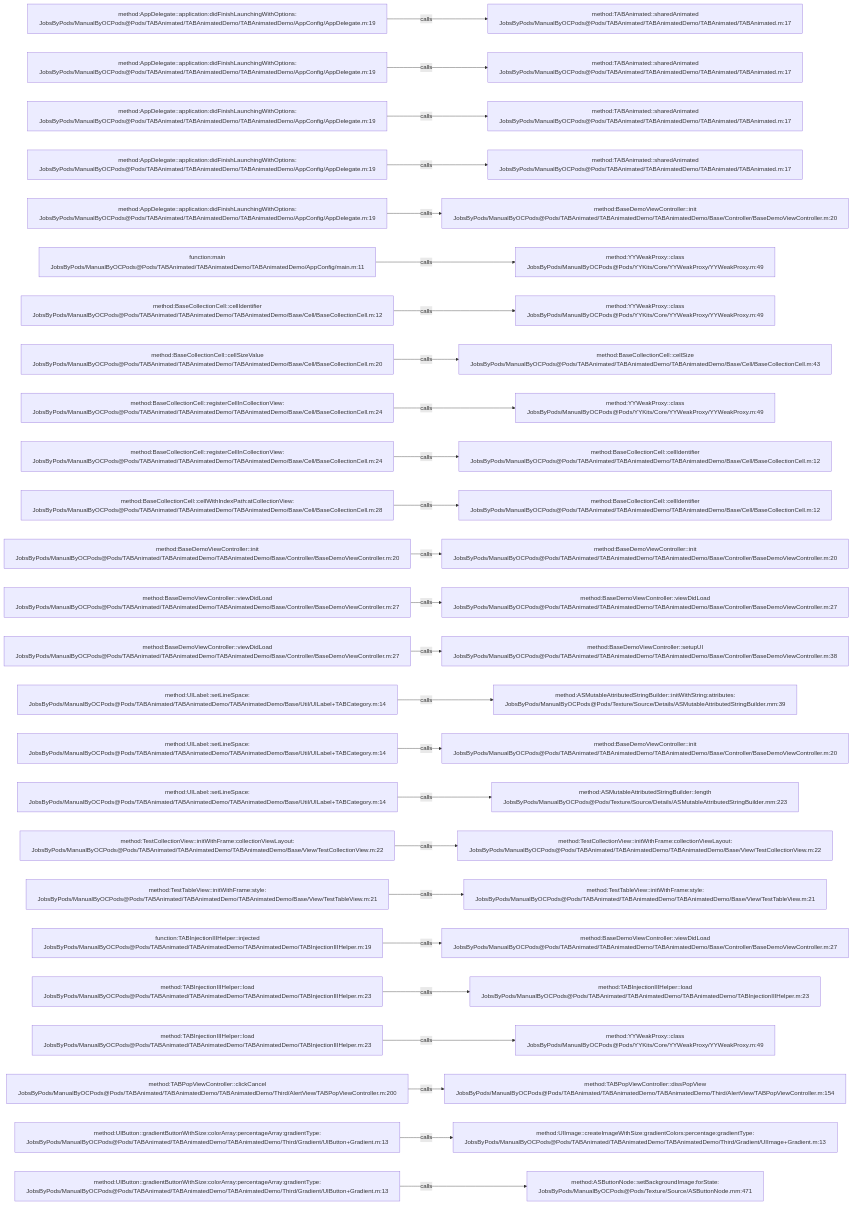
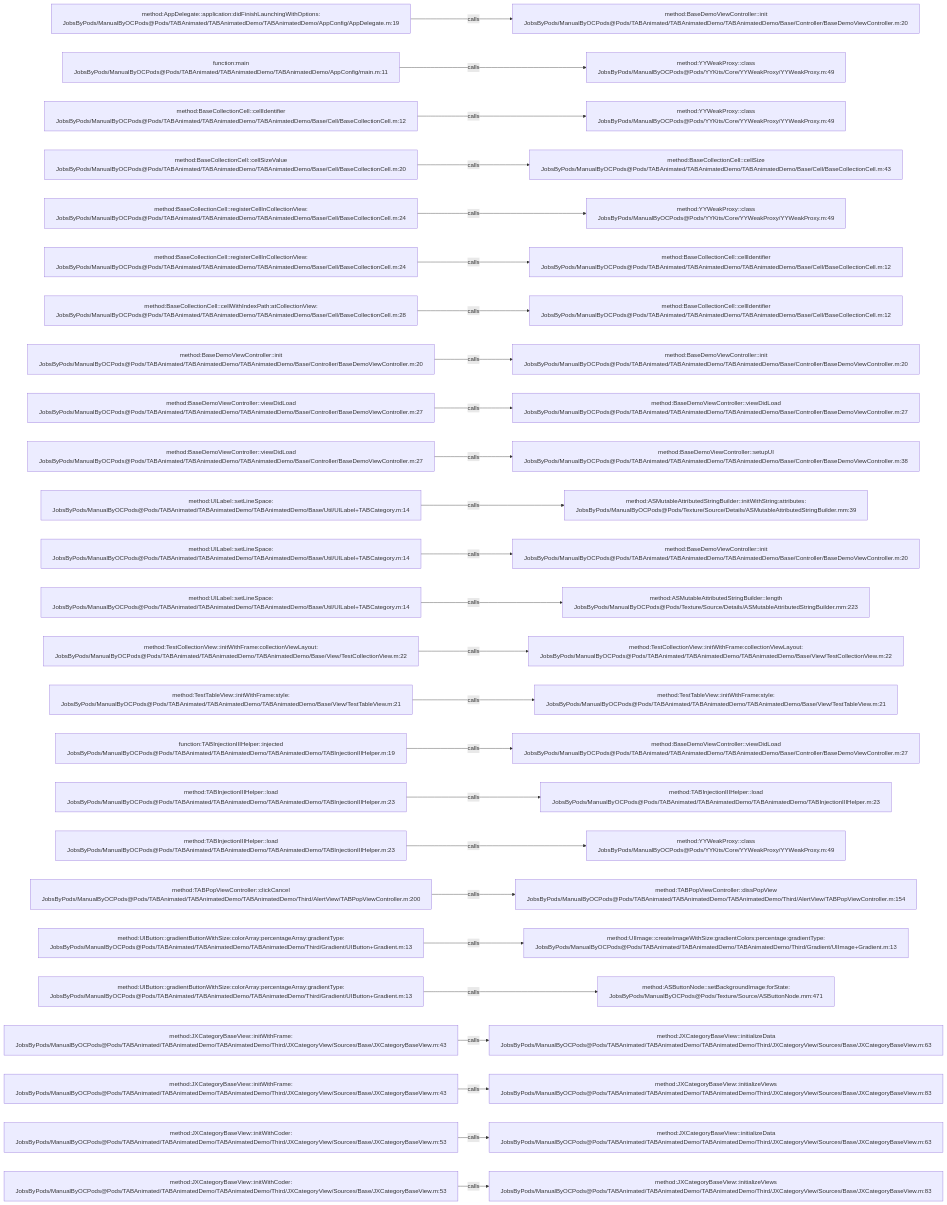
One commit to JobsKits/JobsOCBaseConfigDemo changed the diagram in .codegraph/codegraph.md/graphs/calls-038.md. Above: the diagram before and after it, drawn with Mermaid. The commit also changed 727 other files, not shown here.

````diff
--- a/.codegraph/codegraph.md/graphs/calls-038.md
+++ b/.codegraph/codegraph.md/graphs/calls-038.md
@@ -13,78 +13,78 @@
 ```mermaid
 flowchart LR
   S1["method:AppDelegate::application:didFinishLaunchingWithOptions:<br/>JobsByPods/ManualByOCPods@Pods/TABAnimated/TABAnimatedDemo/TABAnimatedDemo/AppConfig/AppDelegate.m:19"]
-  T1["method:TABAnimated::sharedAnimated<br/>JobsByPods/ManualByOCPods@Pods/TABAnimated/TABAnimatedDemo/TABAnimated/TABAnimated.m:17"]
+  T1["method:BaseDemoViewController::init<br/>JobsByPods/ManualByOCPods@Pods/TABAnimated/TABAnimatedDemo/TABAnimatedDemo/Base/Controller/BaseDemoViewController.m:20"]
   S1 -->|calls| T1
-  S2["method:AppDelegate::application:didFinishLaunchingWithOptions:<br/>JobsByPods/ManualByOCPods@Pods/TABAnimated/TABAnimatedDemo/TABAnimatedDemo/AppConfig/AppDelegate.m:19"]
-  T2["method:TABAnimated::sharedAnimated<br/>JobsByPods/ManualByOCPods@Pods/TABAnimated/TABAnimatedDemo/TABAnimated/TABAnimated.m:17"]
+  S2["function:main<br/>JobsByPods/ManualByOCPods@Pods/TABAnimated/TABAnimatedDemo/TABAnimatedDemo/AppConfig/main.m:11"]
+  T2["method:YYWeakProxy::class<br/>JobsByPods/ManualByOCPods@Pods/YYKits/Core/YYWeakProxy/YYWeakProxy.m:49"]
   S2 -->|calls| T2
-  S3["method:AppDelegate::application:didFinishLaunchingWithOptions:<br/>JobsByPods/ManualByOCPods@Pods/TABAnimated/TABAnimatedDemo/TABAnimatedDemo/AppConfig/AppDelegate.m:19"]
-  T3["method:TABAnimated::sharedAnimated<br/>JobsByPods/ManualByOCPods@Pods/TABAnimated/TABAnimatedDemo/TABAnimated/TABAnimated.m:17"]
+  S3["method:BaseCollectionCell::cellIdentifier<br/>JobsByPods/ManualByOCPods@Pods/TABAnimated/TABAnimatedDemo/TABAnimatedDemo/Base/Cell/BaseCollectionCell.m:12"]
+  T3["method:YYWeakProxy::class<br/>JobsByPods/ManualByOCPods@Pods/YYKits/Core/YYWeakProxy/YYWeakProxy.m:49"]
   S3 -->|calls| T3
-  S4["method:AppDelegate::application:didFinishLaunchingWithOptions:<br/>JobsByPods/ManualByOCPods@Pods/TABAnimated/TABAnimatedDemo/TABAnimatedDemo/AppConfig/AppDelegate.m:19"]
-  T4["method:TABAnimated::sharedAnimated<br/>JobsByPods/ManualByOCPods@Pods/TABAnimated/TABAnimatedDemo/TABAnimated/TABAnimated.m:17"]
+  S4["method:BaseCollectionCell::cellSizeValue<br/>JobsByPods/ManualByOCPods@Pods/TABAnimated/TABAnimatedDemo/TABAnimatedDemo/Base/Cell/BaseCollectionCell.m:20"]
+  T4["method:BaseCollectionCell::cellSize<br/>JobsByPods/ManualByOCPods@Pods/TABAnimated/TABAnimatedDemo/TABAnimatedDemo/Base/Cell/BaseCollectionCell.m:43"]
   S4 -->|calls| T4
-  S5["method:AppDelegate::application:didFinishLaunchingWithOptions:<br/>JobsByPods/ManualByOCPods@Pods/TABAnimated/TABAnimatedDemo/TABAnimatedDemo/AppConfig/AppDelegate.m:19"]
-  T5["method:BaseDemoViewController::init<br/>JobsByPods/ManualByOCPods@Pods/TABAnimated/TABAnimatedDemo/TABAnimatedDemo/Base/Controller/BaseDemoViewController.m:20"]
+  S5["method:BaseCollectionCell::registerCellInCollectionView:<br/>JobsByPods/ManualByOCPods@Pods/TABAnimated/TABAnimatedDemo/TABAnimatedDemo/Base/Cell/BaseCollectionCell.m:24"]
+  T5["method:YYWeakProxy::class<br/>JobsByPods/ManualByOCPods@Pods/YYKits/Core/YYWeakProxy/YYWeakProxy.m:49"]
   S5 -->|calls| T5
-  S6["function:main<br/>JobsByPods/ManualByOCPods@Pods/TABAnimated/TABAnimatedDemo/TABAnimatedDemo/AppConfig/main.m:11"]
-  T6["method:YYWeakProxy::class<br/>JobsByPods/ManualByOCPods@Pods/YYKits/Core/YYWeakProxy/YYWeakProxy.m:49"]
+  S6["method:BaseCollectionCell::registerCellInCollectionView:<br/>JobsByPods/ManualByOCPods@Pods/TABAnimated/TABAnimatedDemo/TABAnimatedDemo/Base/Cell/BaseCollectionCell.m:24"]
+  T6["method:BaseCollectionCell::cellIdentifier<br/>JobsByPods/ManualByOCPods@Pods/TABAnimated/TABAnimatedDemo/TABAnimatedDemo/Base/Cell/BaseCollectionCell.m:12"]
   S6 -->|calls| T6
-  S7["method:BaseCollectionCell::cellIdentifier<br/>JobsByPods/ManualByOCPods@Pods/TABAnimated/TABAnimatedDemo/TABAnimatedDemo/Base/Cell/BaseCollectionCell.m:12"]
-  T7["method:YYWeakProxy::class<br/>JobsByPods/ManualByOCPods@Pods/YYKits/Core/YYWeakProxy/YYWeakProxy.m:49"]
+  S7["method:BaseCollectionCell::cellWithIndexPath:atCollectionView:<br/>JobsByPods/ManualByOCPods@Pods/TABAnimated/TABAnimatedDemo/TABAnimatedDemo/Base/Cell/BaseCollectionCell.m:28"]
+  T7["method:BaseCollectionCell::cellIdentifier<br/>JobsByPods/ManualByOCPods@Pods/TABAnimated/TABAnimatedDemo/TABAnimatedDemo/Base/Cell/BaseCollectionCell.m:12"]
   S7 -->|calls| T7
-  S8["method:BaseCollectionCell::cellSizeValue<br/>JobsByPods/ManualByOCPods@Pods/TABAnimated/TABAnimatedDemo/TABAnimatedDemo/Base/Cell/BaseCollectionCell.m:20"]
-  T8["method:BaseCollectionCell::cellSize<br/>JobsByPods/ManualByOCPods@Pods/TABAnimated/TABAnimatedDemo/TABAnimatedDemo/Base/Cell/BaseCollectionCell.m:43"]
+  S8["method:BaseDemoViewController::init<br/>JobsByPods/ManualByOCPods@Pods/TABAnimated/TABAnimatedDemo/TABAnimatedDemo/Base/Controller/BaseDemoViewController.m:20"]
+  T8["method:BaseDemoViewController::init<br/>JobsByPods/ManualByOCPods@Pods/TABAnimated/TABAnimatedDemo/TABAnimatedDemo/Base/Controller/BaseDemoViewController.m:20"]
   S8 -->|calls| T8
-  S9["method:BaseCollectionCell::registerCellInCollectionView:<br/>JobsByPods/ManualByOCPods@Pods/TABAnimated/TABAnimatedDemo/TABAnimatedDemo/Base/Cell/BaseCollectionCell.m:24"]
-  T9["method:YYWeakProxy::class<br/>JobsByPods/ManualByOCPods@Pods/YYKits/Core/YYWeakProxy/YYWeakProxy.m:49"]
+  S9["method:BaseDemoViewController::viewDidLoad<br/>JobsByPods/ManualByOCPods@Pods/TABAnimated/TABAnimatedDemo/TABAnimatedDemo/Base/Controller/BaseDemoViewController.m:27"]
+  T9["method:BaseDemoViewController::viewDidLoad<br/>JobsByPods/ManualByOCPods@Pods/TABAnimated/TABAnimatedDemo/TABAnimatedDemo/Base/Controller/BaseDemoViewController.m:27"]
   S9 -->|calls| T9
-  S10["method:BaseCollectionCell::registerCellInCollectionView:<br/>JobsByPods/ManualByOCPods@Pods/TABAnimated/TABAnimatedDemo/TABAnimatedDemo/Base/Cell/BaseCollectionCell.m:24"]
-  T10["method:BaseCollectionCell::cellIdentifier<br/>JobsByPods/ManualByOCPods@Pods/TABAnimated/TABAnimatedDemo/TABAnimatedDemo/Base/Cell/BaseCollectionCell.m:12"]
+  S10["method:BaseDemoViewController::viewDidLoad<br/>JobsByPods/ManualByOCPods@Pods/TABAnimated/TABAnimatedDemo/TABAnimatedDemo/Base/Controller/BaseDemoViewController.m:27"]
+  T10["method:BaseDemoViewController::setupUI<br/>JobsByPods/ManualByOCPods@Pods/TABAnimated/TABAnimatedDemo/TABAnimatedDemo/Base/Controller/BaseDemoViewController.m:38"]
   S10 -->|calls| T10
-  S11["method:BaseCollectionCell::cellWithIndexPath:atCollectionView:<br/>JobsByPods/ManualByOCPods@Pods/TABAnimated/TABAnimatedDemo/TABAnimatedDemo/Base/Cell/BaseCollectionCell.m:28"]
-  T11["method:BaseCollectionCell::cellIdentifier<br/>JobsByPods/ManualByOCPods@Pods/TABAnimated/TABAnimatedDemo/TABAnimatedDemo/Base/Cell/BaseCollectionCell.m:12"]
+  S11["method:UILabel::setLineSpace:<br/>JobsByPods/ManualByOCPods@Pods/TABAnimated/TABAnimatedDemo/TABAnimatedDemo/Base/Util/UILabel+TABCategory.m:14"]
+  T11["method:ASMutableAttributedStringBuilder::initWithString:attributes:<br/>JobsByPods/ManualByOCPods@Pods/Texture/Source/Details/ASMutableAttributedStringBuilder.mm:39"]
   S11 -->|calls| T11
-  S12["method:BaseDemoViewController::init<br/>JobsByPods/ManualByOCPods@Pods/TABAnimated/TABAnimatedDemo/TABAnimatedDemo/Base/Controller/BaseDemoViewController.m:20"]
+  S12["method:UILabel::setLineSpace:<br/>JobsByPods/ManualByOCPods@Pods/TABAnimated/TABAnimatedDemo/TABAnimatedDemo/Base/Util/UILabel+TABCategory.m:14"]
   T12["method:BaseDemoViewController::init<br/>JobsByPods/ManualByOCPods@Pods/TABAnimated/TABAnimatedDemo/TABAnimatedDemo/Base/Controller/BaseDemoViewController.m:20"]
   S12 -->|calls| T12
-  S13["method:BaseDemoViewController::viewDidLoad<br/>JobsByPods/ManualByOCPods@Pods/TABAnimated/TABAnimatedDemo/TABAnimatedDemo/Base/Controller/BaseDemoViewController.m:27"]
-  T13["method:BaseDemoViewController::viewDidLoad<br/>JobsByPods/ManualByOCPods@Pods/TABAnimated/TABAnimatedDemo/TABAnimatedDemo/Base/Controller/BaseDemoViewController.m:27"]
+  S13["method:UILabel::setLineSpace:<br/>JobsByPods/ManualByOCPods@Pods/TABAnimated/TABAnimatedDemo/TABAnimatedDemo/Base/Util/UILabel+TABCategory.m:14"]
+  T13["method:ASMutableAttributedStringBuilder::length<br/>JobsByPods/ManualByOCPods@Pods/Texture/Source/Details/ASMutableAttributedStringBuilder.mm:223"]
   S13 -->|calls| T13
-  S14["method:BaseDemoViewController::viewDidLoad<br/>JobsByPods/ManualByOCPods@Pods/TABAnimated/TABAnimatedDemo/TABAnimatedDemo/Base/Controller/BaseDemoViewController.m:27"]
-  T14["method:BaseDemoViewController::setupUI<br/>JobsByPods/ManualByOCPods@Pods/TABAnimated/TABAnimatedDemo/TABAnimatedDemo/Base/Controller/BaseDemoViewController.m:38"]
+  S14["method:TestCollectionView::initWithFrame:collectionViewLayout:<br/>JobsByPods/ManualByOCPods@Pods/TABAnimated/TABAnimatedDemo/TABAnimatedDemo/Base/View/TestCollectionView.m:22"]
+  T14["method:TestCollectionView::initWithFrame:collectionViewLayout:<br/>JobsByPods/ManualByOCPods@Pods/TABAnimated/TABAnimatedDemo/TABAnimatedDemo/Base/View/TestCollectionView.m:22"]
   S14 -->|calls| T14
-  S15["method:UILabel::setLineSpace:<br/>JobsByPods/ManualByOCPods@Pods/TABAnimated/TABAnimatedDemo/TABAnimatedDemo/Base/Util/UILabel+TABCategory.m:14"]
-  T15["method:ASMutableAttributedStringBuilder::initWithString:attributes:<br/>JobsByPods/ManualByOCPods@Pods/Texture/Source/Details/ASMutableAttributedStringBuilder.mm:39"]
+  S15["method:TestTableView::initWithFrame:style:<br/>JobsByPods/ManualByOCPods@Pods/TABAnimated/TABAnimatedDemo/TABAnimatedDemo/Base/View/TestTableView.m:21"]
+  T15["method:TestTableView::initWithFrame:style:<br/>JobsByPods/ManualByOCPods@Pods/TABAnimated/TABAnimatedDemo/TABAnimatedDemo/Base/View/TestTableView.m:21"]
   S15 -->|calls| T15
-  S16["method:UILabel::setLineSpace:<br/>JobsByPods/ManualByOCPods@Pods/TABAnimated/TABAnimatedDemo/TABAnimatedDemo/Base/Util/UILabel+TABCategory.m:14"]
-  T16["method:BaseDemoViewController::init<br/>JobsByPods/ManualByOCPods@Pods/TABAnimated/TABAnimatedDemo/TABAnimatedDemo/Base/Controller/BaseDemoViewController.m:20"]
+  S16["function:TABInjectionIIIHelper::injected<br/>JobsByPods/ManualByOCPods@Pods/TABAnimated/TABAnimatedDemo/TABAnimatedDemo/TABInjectionIIIHelper.m:19"]
+  T16["method:BaseDemoViewController::viewDidLoad<br/>JobsByPods/ManualByOCPods@Pods/TABAnimated/TABAnimatedDemo/TABAnimatedDemo/Base/Controller/BaseDemoViewController.m:27"]
   S16 -->|calls| T16
-  S17["method:UILabel::setLineSpace:<br/>JobsByPods/ManualByOCPods@Pods/TABAnimated/TABAnimatedDemo/TABAnimatedDemo/Base/Util/UILabel+TABCategory.m:14"]
-  T17["method:ASMutableAttributedStringBuilder::length<br/>JobsByPods/ManualByOCPods@Pods/Texture/Source/Details/ASMutableAttributedStringBuilder.mm:223"]
+  S17["method:TABInjectionIIIHelper::load<br/>JobsByPods/ManualByOCPods@Pods/TABAnimated/TABAnimatedDemo/TABAnimatedDemo/TABInjectionIIIHelper.m:23"]
+  T17["method:TABInjectionIIIHelper::load<br/>JobsByPods/ManualByOCPods@Pods/TABAnimated/TABAnimatedDemo/TABAnimatedDemo/TABInjectionIIIHelper.m:23"]
   S17 -->|calls| T17
-  S18["method:TestCollectionView::initWithFrame:collectionViewLayout:<br/>JobsByPods/ManualByOCPods@Pods/TABAnimated/TABAnimatedDemo/TABAnimatedDemo/Base/View/TestCollectionView.m:22"]
-  T18["method:TestCollectionView::initWithFrame:collectionViewLayout:<br/>JobsByPods/ManualByOCPods@Pods/TABAnimated/TABAnimatedDemo/TABAnimatedDemo/Base/View/TestCollectionView.m:22"]
+  S18["method:TABInjectionIIIHelper::load<br/>JobsByPods/ManualByOCPods@Pods/TABAnimated/TABAnimatedDemo/TABAnimatedDemo/TABInjectionIIIHelper.m:23"]
+  T18["method:YYWeakProxy::class<br/>JobsByPods/ManualByOCPods@Pods/YYKits/Core/YYWeakProxy/YYWeakProxy.m:49"]
   S18 -->|calls| T18
-  S19["method:TestTableView::initWithFrame:style:<br/>JobsByPods/ManualByOCPods@Pods/TABAnimated/TABAnimatedDemo/TABAnimatedDemo/Base/View/TestTableView.m:21"]
-  T19["method:TestTableView::initWithFrame:style:<br/>JobsByPods/ManualByOCPods@Pods/TABAnimated/TABAnimatedDemo/TABAnimatedDemo/Base/View/TestTableView.m:21"]
+  S19["method:TABPopViewController::clickCancel<br/>JobsByPods/ManualByOCPods@Pods/TABAnimated/TABAnimatedDemo/TABAnimatedDemo/Third/AlertView/TABPopViewController.m:200"]
+  T19["method:TABPopViewController::dissPopView<br/>JobsByPods/ManualByOCPods@Pods/TABAnimated/TABAnimatedDemo/TABAnimatedDemo/Third/AlertView/TABPopViewController.m:154"]
   S19 -->|calls| T19
-  S20["function:TABInjectionIIIHelper::injected<br/>JobsByPods/ManualByOCPods@Pods/TABAnimated/TABAnimatedDemo/TABAnimatedDemo/TABInjectionIIIHelper.m:19"]
-  T20["method:BaseDemoViewController::viewDidLoad<br/>JobsByPods/ManualByOCPods@Pods/TABAnimated/TABAnimatedDemo/TABAnimatedDemo/Base/Controller/BaseDemoViewController.m:27"]
+  S20["method:UIButton::gradientButtonWithSize:colorArray:percentageArray:gradientType:<br/>JobsByPods/ManualByOCPods@Pods/TABAnimated/TABAnimatedDemo/TABAnimatedDemo/Third/Gradient/UIButton+Gradient.m:13"]
+  T20["method:UIImage::createImageWithSize:gradientColors:percentage:gradientType:<br/>JobsByPods/ManualByOCPods@Pods/TABAnimated/TABAnimatedDemo/TABAnimatedDemo/Third/Gradient/UIImage+Gradient.m:13"]
   S20 -->|calls| T20
-  S21["method:TABInjectionIIIHelper::load<br/>JobsByPods/ManualByOCPods@Pods/TABAnimated/TABAnimatedDemo/TABAnimatedDemo/TABInjectionIIIHelper.m:23"]
-  T21["method:TABInjectionIIIHelper::load<br/>JobsByPods/ManualByOCPods@Pods/TABAnimated/TABAnimatedDemo/TABAnimatedDemo/TABInjectionIIIHelper.m:23"]
+  S21["method:UIButton::gradientButtonWithSize:colorArray:percentageArray:gradientType:<br/>JobsByPods/ManualByOCPods@Pods/TABAnimated/TABAnimatedDemo/TABAnimatedDemo/Third/Gradient/UIButton+Gradient.m:13"]
+  T21["method:ASButtonNode::setBackgroundImage:forState:<br/>JobsByPods/ManualByOCPods@Pods/Texture/Source/ASButtonNode.mm:471"]
   S21 -->|calls| T21
-  S22["method:TABInjectionIIIHelper::load<br/>JobsByPods/ManualByOCPods@Pods/TABAnimated/TABAnimatedDemo/TABAnimatedDemo/TABInjectionIIIHelper.m:23"]
-  T22["method:YYWeakProxy::class<br/>JobsByPods/ManualByOCPods@Pods/YYKits/Core/YYWeakProxy/YYWeakProxy.m:49"]
+  S22["method:JXCategoryBaseView::initWithFrame:<br/>JobsByPods/ManualByOCPods@Pods/TABAnimated/TABAnimatedDemo/TABAnimatedDemo/Third/JXCategoryView/Sources/Base/JXCategoryBaseView.m:43"]
+  T22["method:JXCategoryBaseView::initializeData<br/>JobsByPods/ManualByOCPods@Pods/TABAnimated/TABAnimatedDemo/TABAnimatedDemo/Third/JXCategoryView/Sources/Base/JXCategoryBaseView.m:63"]
   S22 -->|calls| T22
-  S23["method:TABPopViewController::clickCancel<br/>JobsByPods/ManualByOCPods@Pods/TABAnimated/TABAnimatedDemo/TABAnimatedDemo/Third/AlertView/TABPopViewController.m:200"]
-  T23["method:TABPopViewController::dissPopView<br/>JobsByPods/ManualByOCPods@Pods/TABAnimated/TABAnimatedDemo/TABAnimatedDemo/Third/AlertView/TABPopViewController.m:154"]
+  S23["method:JXCategoryBaseView::initWithFrame:<br/>JobsByPods/ManualByOCPods@Pods/TABAnimated/TABAnimatedDemo/TABAnimatedDemo/Third/JXCategoryView/Sources/Base/JXCategoryBaseView.m:43"]
+  T23["method:JXCategoryBaseView::initializeViews<br/>JobsByPods/ManualByOCPods@Pods/TABAnimated/TABAnimatedDemo/TABAnimatedDemo/Third/JXCategoryView/Sources/Base/JXCategoryBaseView.m:83"]
   S23 -->|calls| T23
-  S24["method:UIButton::gradientButtonWithSize:colorArray:percentageArray:gradientType:<br/>JobsByPods/ManualByOCPods@Pods/TABAnimated/TABAnimatedDemo/TABAnimatedDemo/Third/Gradient/UIButton+Gradient.m:13"]
-  T24["method:UIImage::createImageWithSize:gradientColors:percentage:gradientType:<br/>JobsByPods/ManualByOCPods@Pods/TABAnimated/TABAnimatedDemo/TABAnimatedDemo/Third/Gradient/UIImage+Gradient.m:13"]
+  S24["method:JXCategoryBaseView::initWithCoder:<br/>JobsByPods/ManualByOCPods@Pods/TABAnimated/TABAnimatedDemo/TABAnimatedDemo/Third/JXCategoryView/Sources/Base/JXCategoryBaseView.m:53"]
+  T24["method:JXCategoryBaseView::initializeData<br/>JobsByPods/ManualByOCPods@Pods/TABAnimated/TABAnimatedDemo/TABAnimatedDemo/Third/JXCategoryView/Sources/Base/JXCategoryBaseView.m:63"]
   S24 -->|calls| T24
-  S25["method:UIButton::gradientButtonWithSize:colorArray:percentageArray:gradientType:<br/>JobsByPods/ManualByOCPods@Pods/TABAnimated/TABAnimatedDemo/TABAnimatedDemo/Third/Gradient/UIButton+Gradient.m:13"]
-  T25["method:ASButtonNode::setBackgroundImage:forState:<br/>JobsByPods/ManualByOCPods@Pods/Texture/Source/ASButtonNode.mm:471"]
+  S25["method:JXCategoryBaseView::initWithCoder:<br/>JobsByPods/ManualByOCPods@Pods/TABAnimated/TABAnimatedDemo/TABAnimatedDemo/Third/JXCategoryView/Sources/Base/JXCategoryBaseView.m:53"]
+  T25["method:JXCategoryBaseView::initializeViews<br/>JobsByPods/ManualByOCPods@Pods/TABAnimated/TABAnimatedDemo/TABAnimatedDemo/Third/JXCategoryView/Sources/Base/JXCategoryBaseView.m:83"]
   S25 -->|calls| T25
 ```
````
